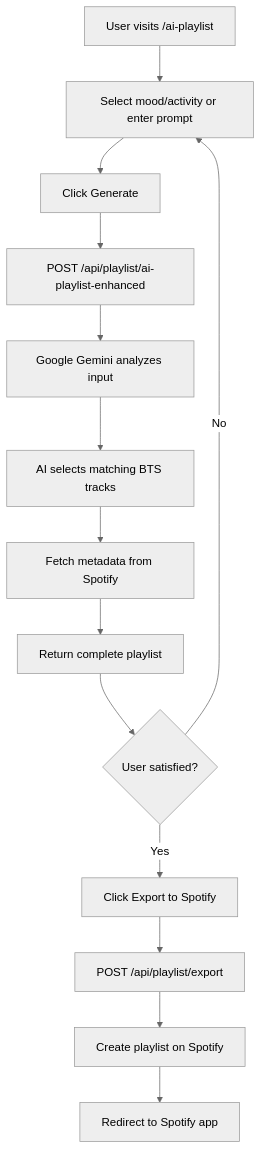
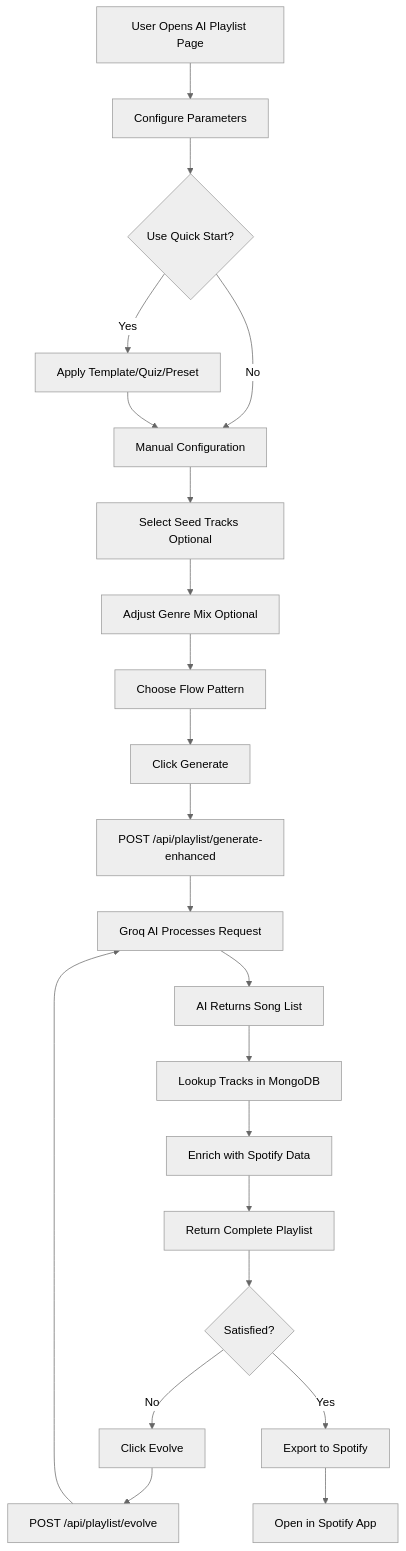
The first of 2 diagrams in docs/features/playlist-generation.md (NoobSambit/ARMYVERSE2), drawn with Mermaid (neutral theme) before and after one commit. The commit also changed other lines of this file and 156 other files, not shown here.

````diff
--- a/docs/features/playlist-generation.md
+++ b/docs/features/playlist-generation.md
@@ -66,16 +390,24 @@
 ```mermaid
 graph TD
-    A[User visits /ai-playlist] --> B[Select mood/activity or enter prompt]
-    B --> C[Click Generate]
-    C --> D[POST /api/playlist/ai-playlist-enhanced]
-    D --> E[Google Gemini analyzes input]
-    E --> F[AI selects matching BTS tracks]
-    F --> G[Fetch metadata from Spotify]
-    G --> H[Return complete playlist]
-    H --> I{User satisfied?}
-    I -->|No| B
-    I -->|Yes| J[Click Export to Spotify]
-    J --> K[POST /api/playlist/export]
-    K --> L[Create playlist on Spotify]
-    L --> M[Redirect to Spotify app]
+    A[User Opens AI Playlist Page] --> B[Configure Parameters]
+    B --> C{Use Quick Start?}
+    C -->|Yes| D[Apply Template/Quiz/Preset]
+    C -->|No| E[Manual Configuration]
+    D --> E
+    E --> F[Select Seed Tracks Optional]
+    F --> G[Adjust Genre Mix Optional]
+    G --> H[Choose Flow Pattern]
+    H --> I[Click Generate]
+    I --> J[POST /api/playlist/generate-enhanced]
+    J --> K[Groq AI Processes Request]
+    K --> L[AI Returns Song List]
+    L --> M[Lookup Tracks in MongoDB]
+    M --> N[Enrich with Spotify Data]
+    N --> O[Return Complete Playlist]
+    O --> P{Satisfied?}
+    P -->|No| Q[Click Evolve]
+    Q --> R[POST /api/playlist/evolve]
+    R --> K
+    P -->|Yes| S[Export to Spotify]
+    S --> T[Open in Spotify App]
 ```
````
